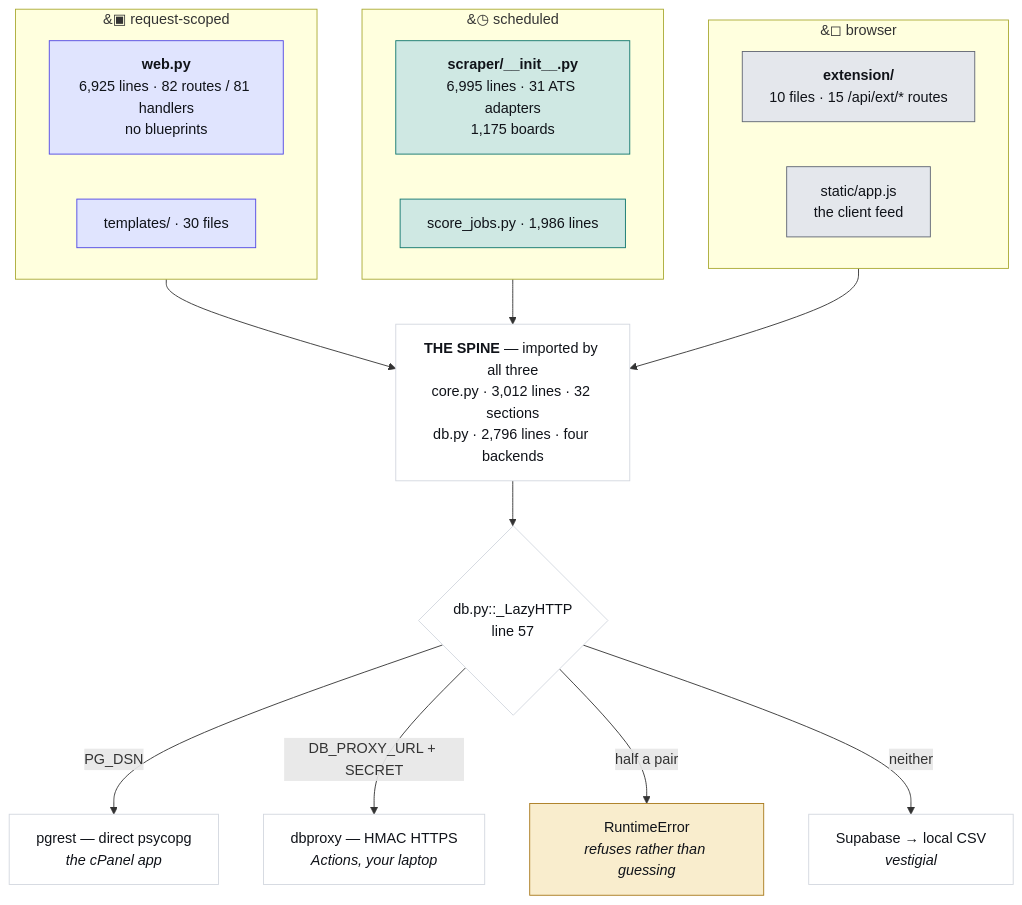
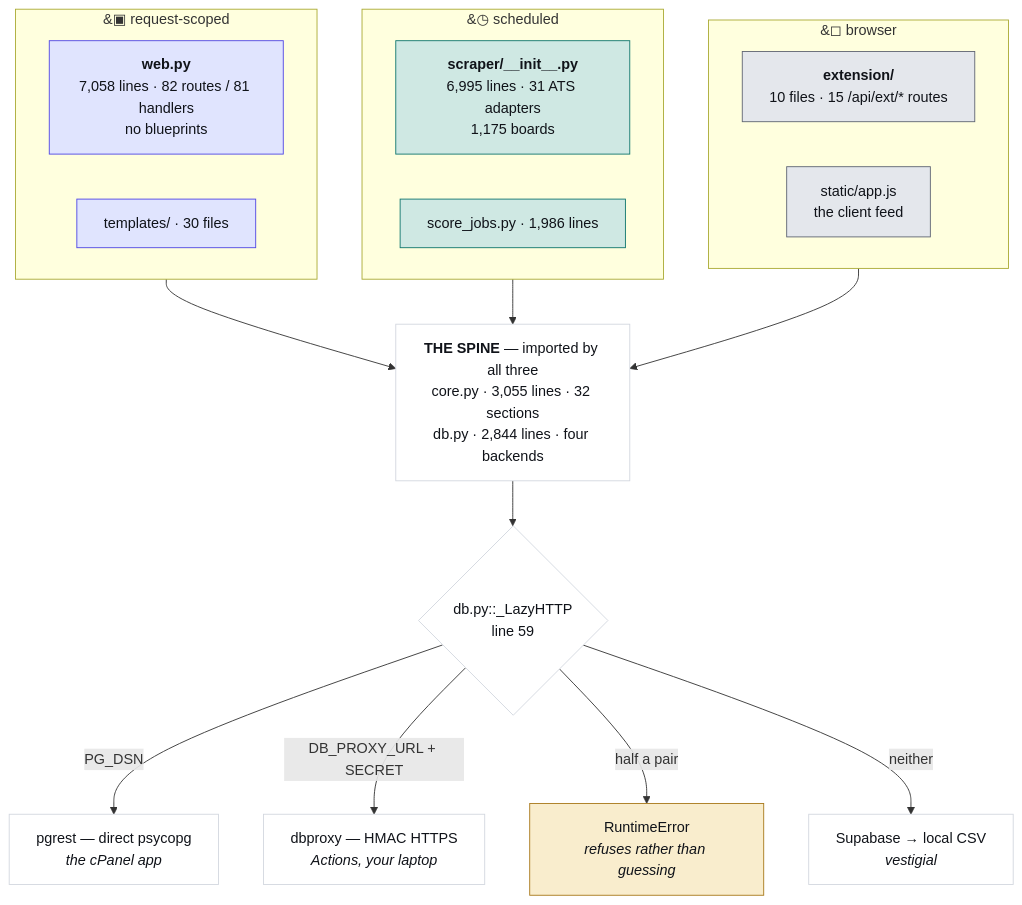
One commit to hadakunal909-debug/job-search-tool changed the first of 4 diagrams in JobMatch Scraper/docs/ARCHITECTURE.md. Above: the diagram before and after it, drawn with Mermaid. The commit also changed other lines of this file and 15 other files, not shown here.

````diff
--- a/JobMatch Scraper/docs/ARCHITECTURE.md
+++ b/JobMatch Scraper/docs/ARCHITECTURE.md
@@ -45,34 +45,34 @@
 ```mermaid
 flowchart TB
   subgraph REQ["&#9635; request-scoped"]
-    W["<b>web.py</b><br/>6,925 lines · 82 routes / 81 handlers<br/>no blueprints"]
+    W["<b>web.py</b><br/>7,058 lines · 82 routes / 81 handlers<br/>no blueprints"]
     T["templates/ · 30 files"]
   end
   subgraph SCH["&#9719; scheduled"]
     S["<b>scraper/__init__.py</b><br/>6,995 lines · 31 ATS adapters<br/>1,175 boards"]
     J["score_jobs.py · 1,986 lines"]
   end
   subgraph CLI["&#9723; browser"]
     E["<b>extension/</b><br/>10 files · 15 /api/ext/* routes"]
     A["static/app.js<br/>the client feed"]
   end
-  SPINE["<b>THE SPINE</b> — imported by all three<br/>core.py · 3,012 lines · 32 sections<br/>db.py · 2,796 lines · four backends"]
+  SPINE["<b>THE SPINE</b> — imported by all three<br/>core.py · 3,055 lines · 32 sections<br/>db.py · 2,844 lines · four backends"]
   REQ --> SPINE
   SCH --> SPINE
   CLI --> SPINE
-  SPINE --> D{"db.py::_LazyHTTP<br/>line 57"}
+  SPINE --> D{"db.py::_LazyHTTP<br/>line 59"}
   D -->|"PG_DSN"| P["pgrest — direct psycopg<br/><i>the cPanel app</i>"]
   D -->|"DB_PROXY_URL + SECRET"| X["dbproxy — HMAC HTTPS<br/><i>Actions, your laptop</i>"]
   D -->|"half a pair"| R["RuntimeError<br/><i>refuses rather than guessing</i>"]
   D -->|"neither"| V["Supabase → local CSV<br/><i>vestigial</i>"]
   classDef web fill:#e0e4fe,stroke:#4f46e5,color:#101319
   classDef sched fill:#cfe8e3,stroke:#0f766e,color:#101319
   classDef client fill:#e4e7ec,stroke:#5f6573,color:#101319
   classDef trap fill:#f9edcd,stroke:#a8781a,color:#101319
   classDef plain fill:#ffffff,stroke:#d3d7df,color:#101319
   class W,T web
   class S,J sched
   class E,A client
   class R trap
   class SPINE,D,P,X,V plain
 ```
````
